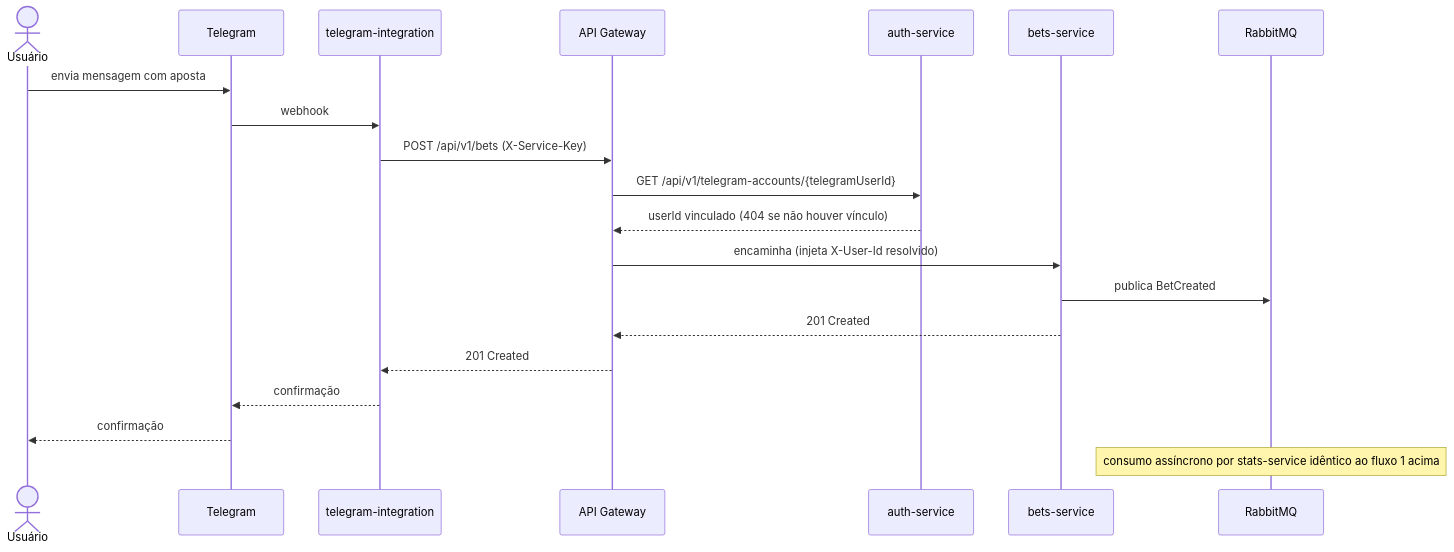
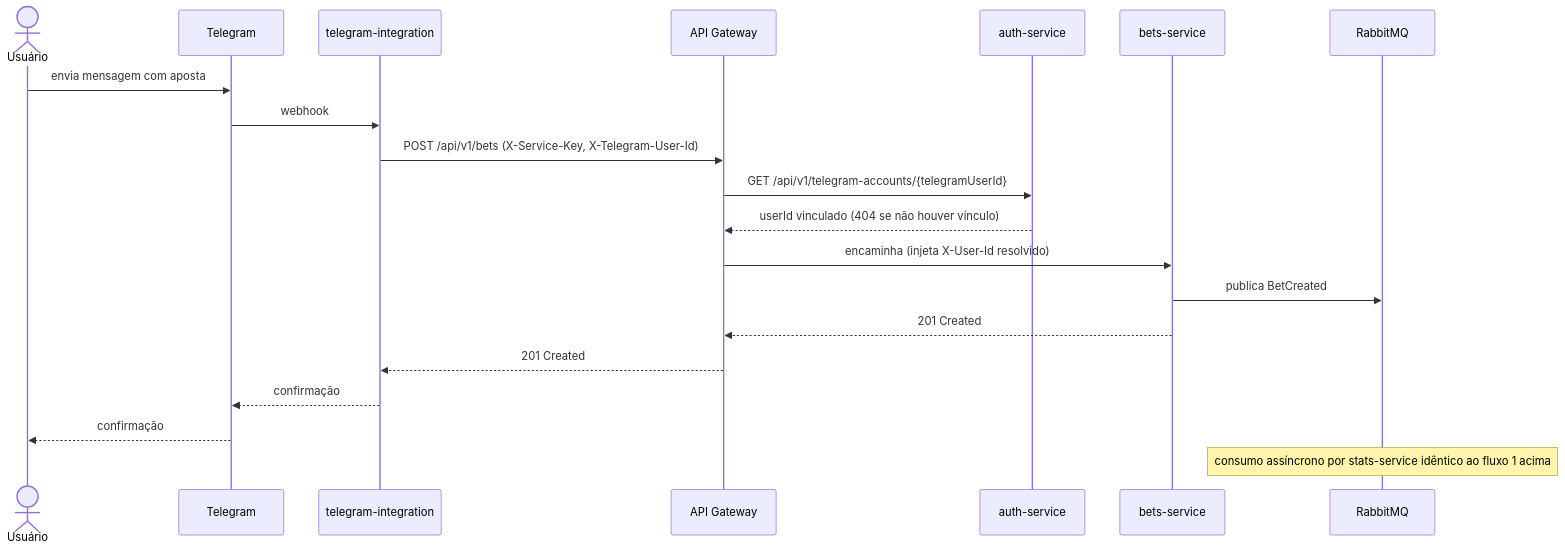
Before and after one commit to eimmig/sv-harness: the second of 4 diagrams in docs/ARCHITECTURE.md, drawn with Mermaid. The commit also changed other lines of this file and 4 other files, not shown here.

First line of the commit message:
docs(harness): fix X-Telegram-User-Id transport gap for api-gateway feat-004

````diff
--- a/docs/ARCHITECTURE.md
+++ b/docs/ARCHITECTURE.md
@@ -162,23 +163,23 @@
 ```mermaid
 sequenceDiagram
     actor U as Usuário
     participant TG as Telegram
     participant TI as telegram-integration
     participant GW as API Gateway
     participant AUTH as auth-service
     participant BS as bets-service
     participant MQ as RabbitMQ
 
     U->>TG: envia mensagem com aposta
     TG->>TI: webhook
-    TI->>GW: POST /api/v1/bets (X-Service-Key)
+    TI->>GW: POST /api/v1/bets (X-Service-Key, X-Telegram-User-Id)
     GW->>AUTH: GET /api/v1/telegram-accounts/{telegramUserId}
     AUTH-->>GW: userId vinculado (404 se não houver vínculo)
     GW->>BS: encaminha (injeta X-User-Id resolvido)
     BS->>MQ: publica BetCreated
     BS-->>GW: 201 Created
     GW-->>TI: 201 Created
     TI-->>TG: confirmação
     TG-->>U: confirmação
     Note over MQ: consumo assíncrono por stats-service idêntico ao fluxo 1 acima
 ```
````
